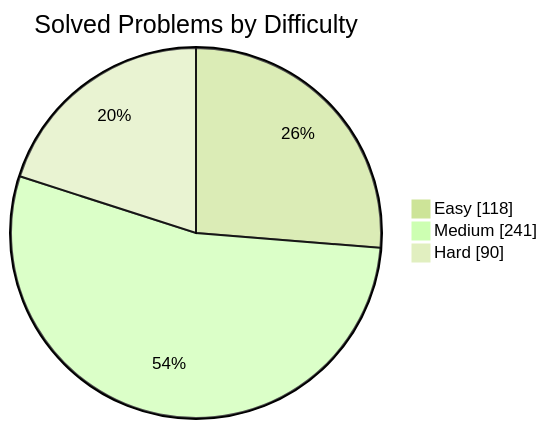
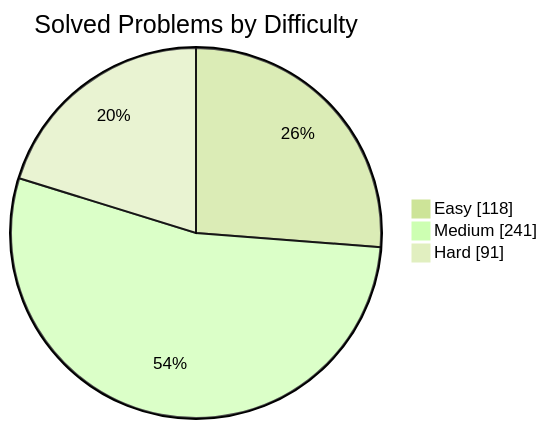
One commit to manikantbindass/DSA-Preparation-FAANG changed the first of 2 diagrams in README.md. Above: the diagram before and after it, drawn with Mermaid (forest theme). The commit also changed other lines of this file and 2 other files, not shown here.

````diff
--- a/README.md
+++ b/README.md
@@ -77,7 +77,7 @@
 ```mermaid
 pie showData
     title Solved Problems by Difficulty
     "Easy" : 118
     "Medium" : 241
-    "Hard" : 90
+    "Hard" : 91
 ```
````
